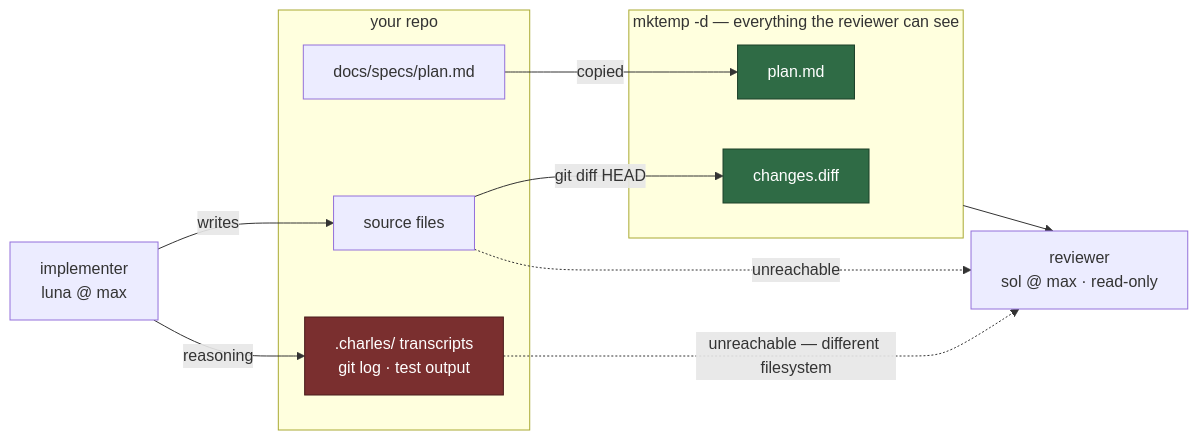
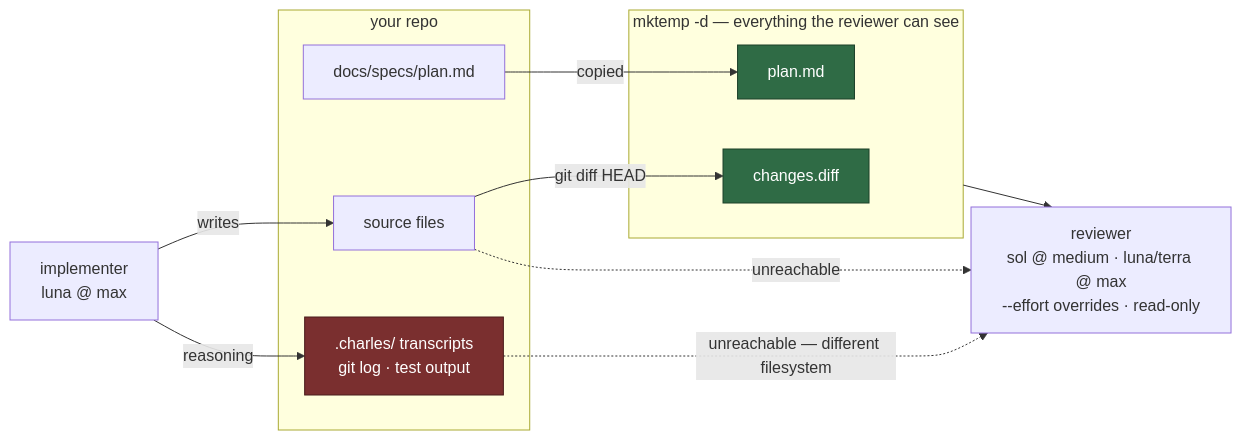
One commit to charlesdr13/charlesdr-dev-loop changed the second of 2 diagrams in README.md. Above: the diagram before and after it, drawn with Mermaid. The commit also changed other lines of this file and 6 other files, not shown here.

````diff
--- a/README.md
+++ b/README.md
@@ -80,28 +80,28 @@
 ```mermaid
 flowchart LR
     subgraph REPO["your repo"]
         SRC["source files"]
         TRANS[".charles/ transcripts<br/>git log · test output"]
         SPEC["docs/specs/plan.md"]
     end
 
     IMPL["implementer<br/>luna @ max"] -->|writes| SRC
     IMPL -->|reasoning| TRANS
 
     subgraph BOX["mktemp -d — everything the reviewer can see"]
         PLANMD["plan.md"]
         DIFF["changes.diff"]
     end
 
     SPEC -->|copied| PLANMD
     SRC -->|git diff HEAD| DIFF
-    BOX --> REV["reviewer<br/>sol @ max · read-only"]
+    BOX --> REV["reviewer<br/>sol @ medium · luna/terra @ max<br/>--effort overrides · read-only"]
 
     TRANS -.->|"unreachable — different filesystem"| REV
     SRC  -.->|"unreachable"| REV
 
     classDef hidden fill:#7a2f2f,stroke:#4a1c1c,color:#fff
     classDef seen fill:#2f6b45,stroke:#1c4029,color:#fff
     class TRANS hidden
     class PLANMD,DIFF seen
 ```
````
